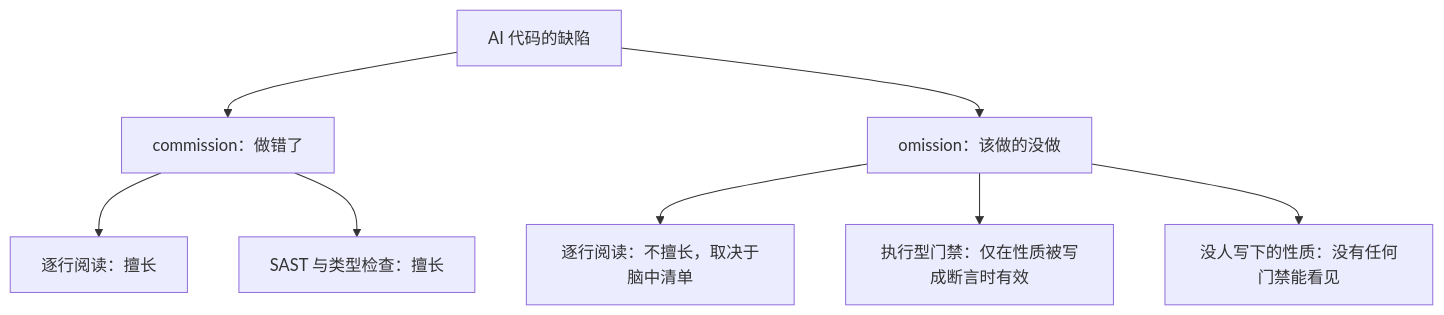
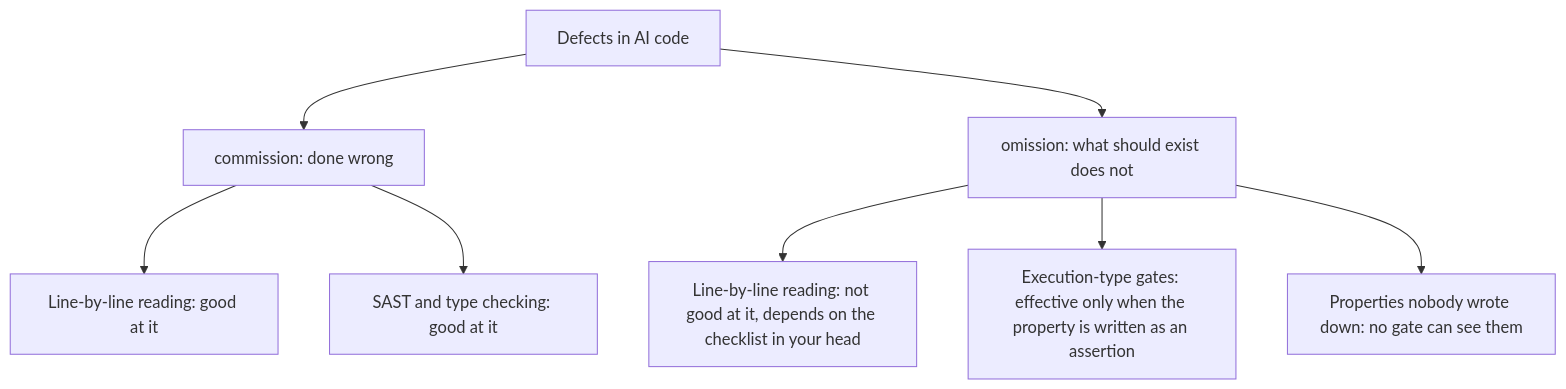
The second of 3 diagrams in phase3/chapters/ch02-two-kinds-of-defects.md (xzlxiao/vibe-coding-textbook), drawn with Mermaid before and after one commit. The commit also changed other lines of this file and 12 other files, not shown here.

````diff
--- a/phase3/chapters/ch02-two-kinds-of-defects.md
+++ b/phase3/chapters/ch02-two-kinds-of-defects.md
@@ -113,10 +113,10 @@
 ```mermaid
 flowchart TD
-    D["AI 代码的缺陷"] --> C["commission：做错了"]
-    D --> O["omission：该做的没做"]
-    C --> C1["逐行阅读：擅长"]
-    C --> C2["SAST 与类型检查：擅长"]
-    O --> O1["逐行阅读：不擅长，取决于脑中清单"]
-    O --> O2["执行型门禁：仅在性质被写成断言时有效"]
-    O --> O3["没人写下的性质：没有任何门禁能看见"]
+    D["Defects in AI code"] --> C["commission: done wrong"]
+    D --> O["omission: what should exist does not"]
+    C --> C1["Line-by-line reading: good at it"]
+    C --> C2["SAST and type checking: good at it"]
+    O --> O1["Line-by-line reading: not good at it, depends on the checklist in your head"]
+    O --> O2["Execution-type gates: effective only when the property is written as an assertion"]
+    O --> O3["Properties nobody wrote down: no gate can see them"]
 ```
````
